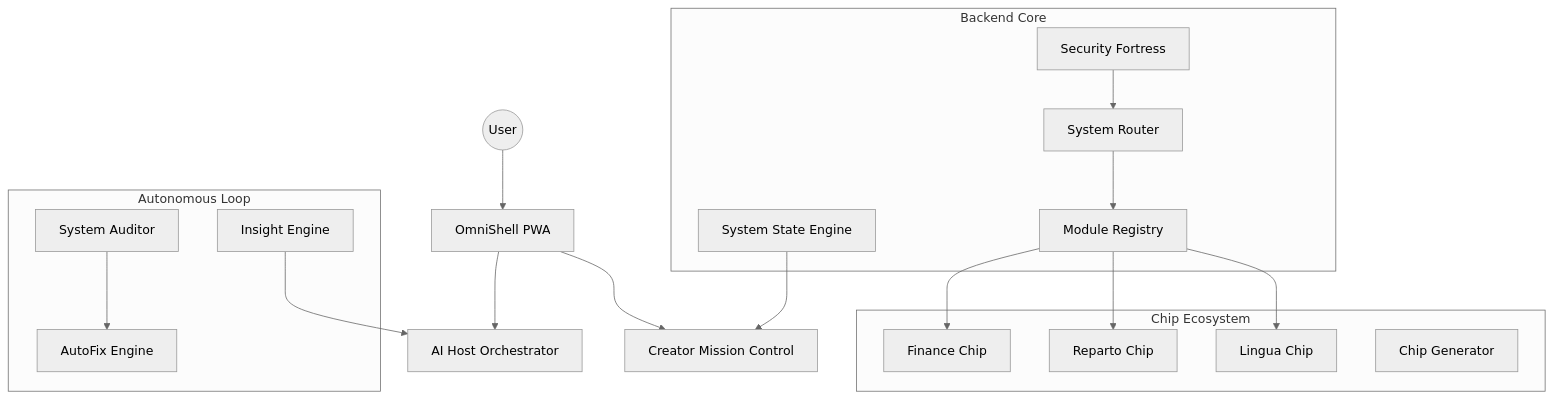
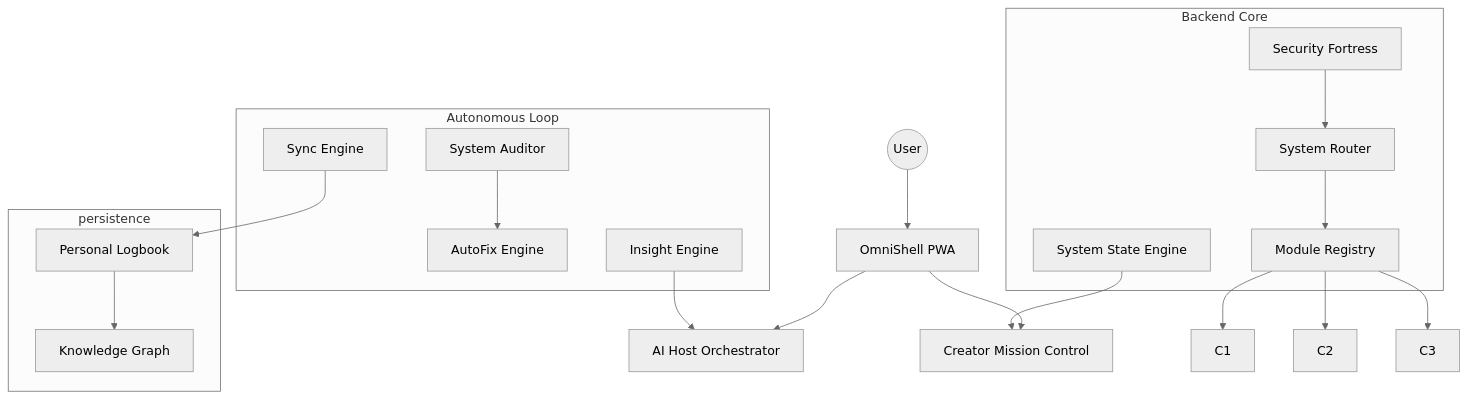
Before and after one commit to SionPrograma/omniWeb: the diagram in docs/architecture_overview.md, drawn with Mermaid (neutral theme). The commit also changed other lines of this file and 373 other files, not shown here.

Commit message:
checkpoint: omniweb architecture state before creator self-editing test

````diff
--- a/docs/architecture_overview.md
+++ b/docs/architecture_overview.md
@@ -15,35 +15,36 @@
 ```mermaid
 graph TD
     User((User)) --> Shell[OmniShell PWA]
     Shell --> AIHost[AI Host Orchestrator]
     Shell --> Dashboard[Creator Mission Control]
     
     subgraph Backend Core
         Router[System Router]
         Registry[Module Registry]
         Security[Security Fortress]
         State[System State Engine]
     end
     
     subgraph Autonomous Loop
         Auditor[System Auditor]
         AutoFix[AutoFix Engine]
         Insights[Insight Engine]
+        Sync[Sync Engine]
     end
     
-    subgraph Chip Ecosystem
-        C1[Finance Chip]
-        C2[Reparto Chip]
-        C3[Lingua Chip]
-        C_Gen[Chip Generator]
+    subgraph persistence
+        Logbook[Personal Logbook]
+        Graph[Knowledge Graph]
     end
-    
+
     Router --> Registry
     Registry --> C1
     Registry --> C2
     Registry --> C3
     Security --> Router
     State --> Dashboard
     Auditor --> AutoFix
     Insights --> AIHost
+    Sync --> Logbook
+    Logbook --> Graph
 ```
````
